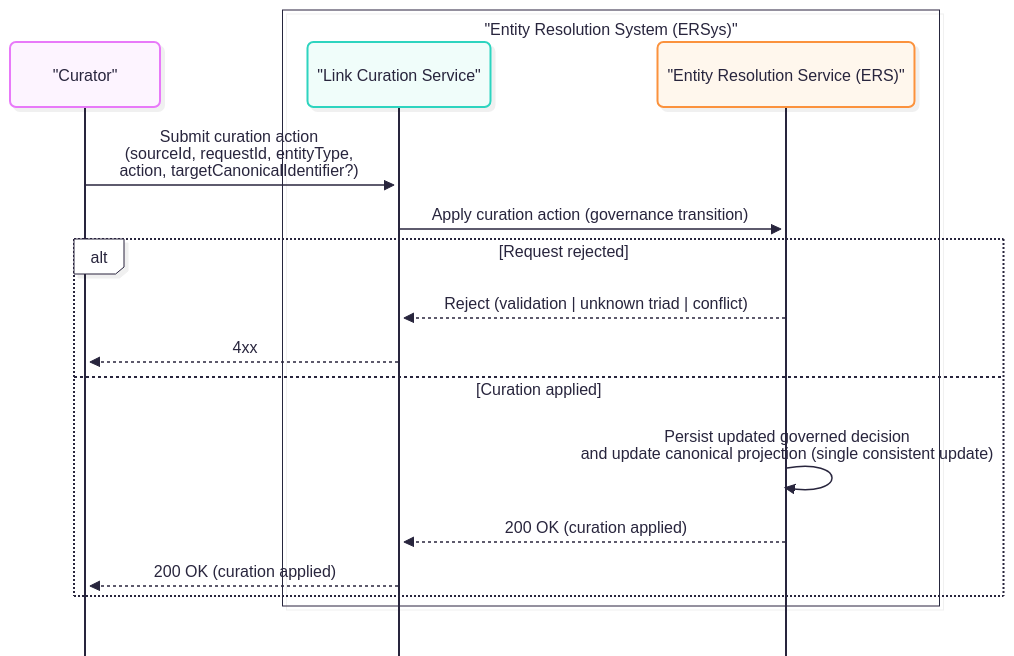
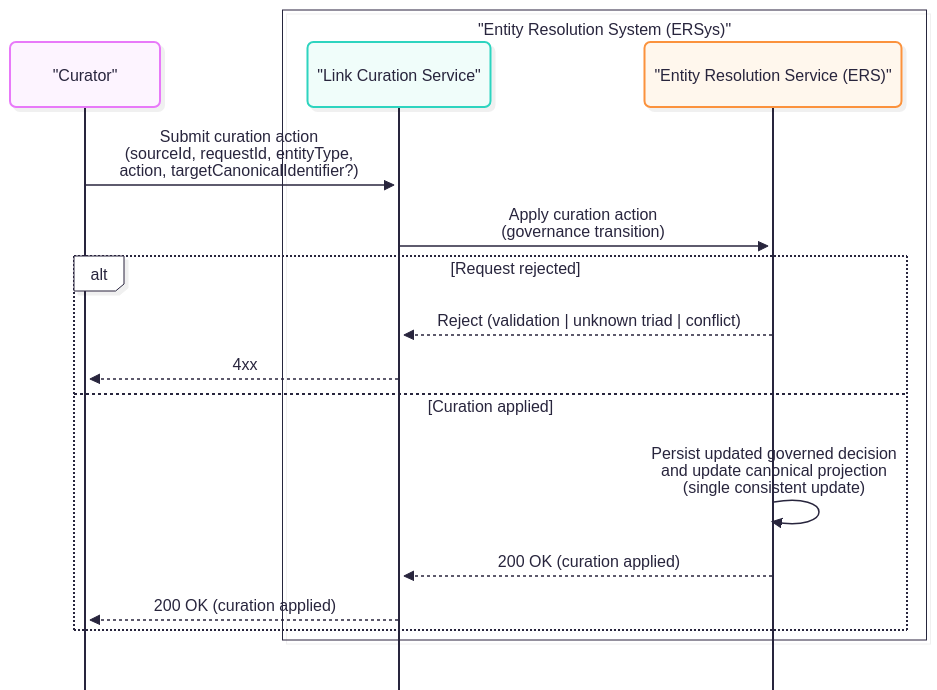
The diagram in docs/architecture/spine-D-Curation-loop(simplified).mmd (OP-TED/entity-resolution-spec), drawn with Mermaid before and after one commit. The commit also changed 3 other files, not shown here.

Commit message:
created the spine diagrams for section 8

```diff
--- a/docs/architecture/spine-D-Curation-loop(simplified).mmd
+++ b/docs/architecture/spine-D-Curation-loop(simplified).mmd
@@ -1,36 +1,36 @@
 ---
 config:
   look: neo
   theme: redux-color
   mirrorActors: false
   sequence:
     bottomMarginAdj: 0.1
 ---
 sequenceDiagram
 %% Maps to EA diagram: UML Sequence (Spine D – simplified, governance-complete)
 %% Purpose: curator governance action results in updated governed decision and updated canonical projection.
 %% Excludes: store-level choreography, UI browsing, ERE/messaging.
 
 participant Curator as "Curator"
 
 box "Entity Resolution System (ERSys)"
     participant LinkCurationSvc as "Link Curation Service"
     participant ERS as "Entity Resolution Service (ERS)"
 end
 
 Curator ->> LinkCurationSvc: Submit curation action<br/>(sourceId, requestId, entityType,<br/>action, targetCanonicalIdentifier?)
-LinkCurationSvc ->> ERS: Apply curation action (governance transition)
+LinkCurationSvc ->> ERS: Apply curation action <br> (governance transition)
 
 alt Request rejected
     ERS -->> LinkCurationSvc: Reject (validation | unknown triad | conflict)
     LinkCurationSvc -->> Curator: 4xx
 else Curation applied
-    ERS ->> ERS: Persist updated governed decision<br/>and update canonical projection (single consistent update)
+    ERS ->> ERS: Persist updated governed decision<br/>and update canonical projection <br> (single consistent update)
     ERS -->> LinkCurationSvc: 200 OK (curation applied)
     LinkCurationSvc -->> Curator: 200 OK (curation applied)
 end
 
 %% note right of ERS
 %%   Curator actions are authoritative locks and override automation.
 %%   The canonical assignment exposed by lookup reflects the current governed decision.
 %% end
```
